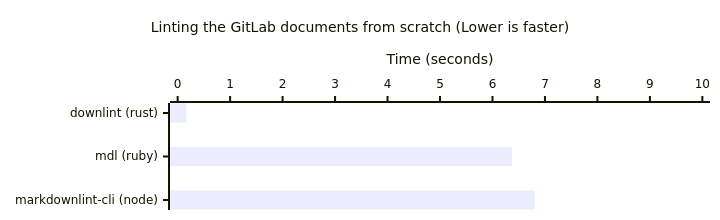
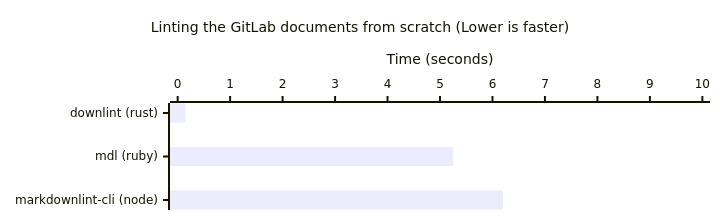
Before and after one commit to jasonxue1/mado: the diagram in README.md, drawn with Mermaid. The commit also changed 1 other file, not shown here.

Commit message:
Update benchmark script

````diff
--- a/README.md
+++ b/README.md
@@ -6,20 +6,20 @@
 ```mermaid
 ---
 config:
     xyChart:
         height: 200
         titleFontSize: 14
         chartOrientation: horizontal
         xAxis:
             labelFontSize: 12
             titleFontSize: 14
         yAxis:
             labelFontSize: 12
             titleFontSize: 14
 ---
 xychart-beta
     title "Linting the GitLab documents from scratch (Lower is faster)"
     x-axis ["downlint (rust)", "mdl (ruby)", "markdownlint-cli (node)"]
     y-axis "Time (seconds)" 0 --> 10
-    bar [0.164, 6.373, 6.805]
+    bar [0.144, 5.251, 6.199]
 ```
````
